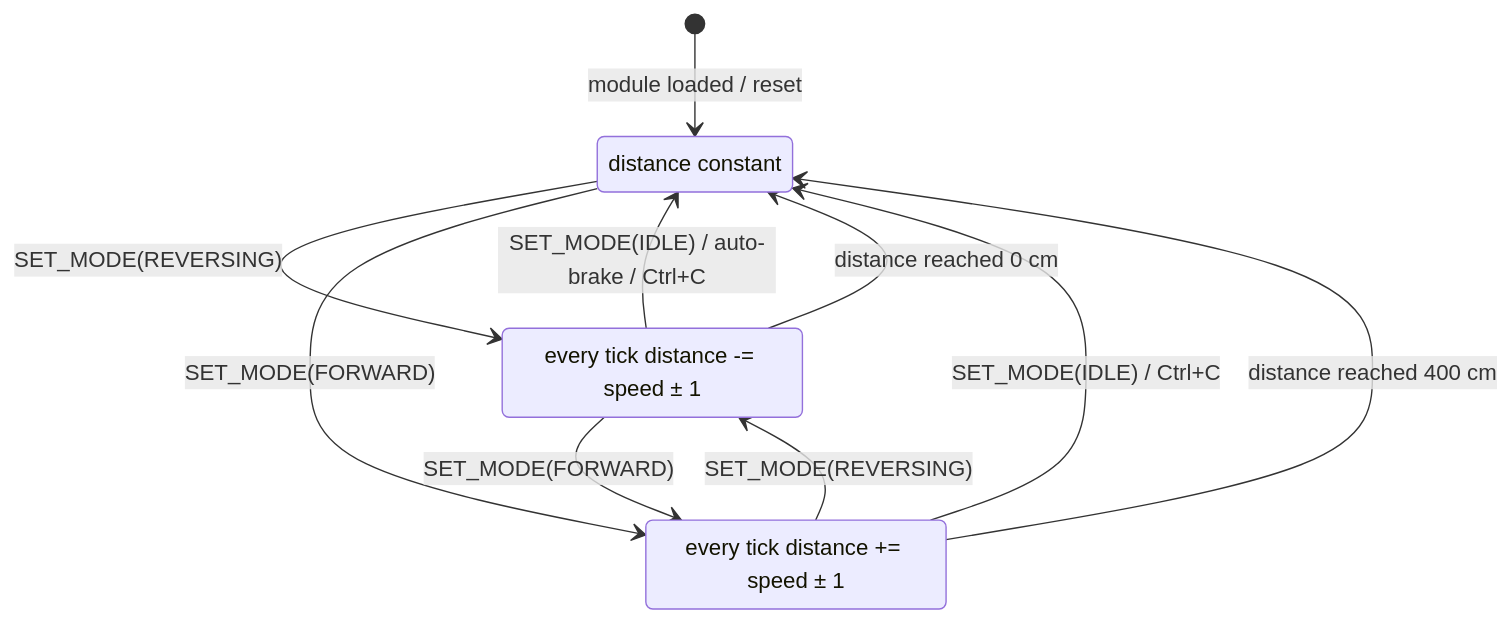
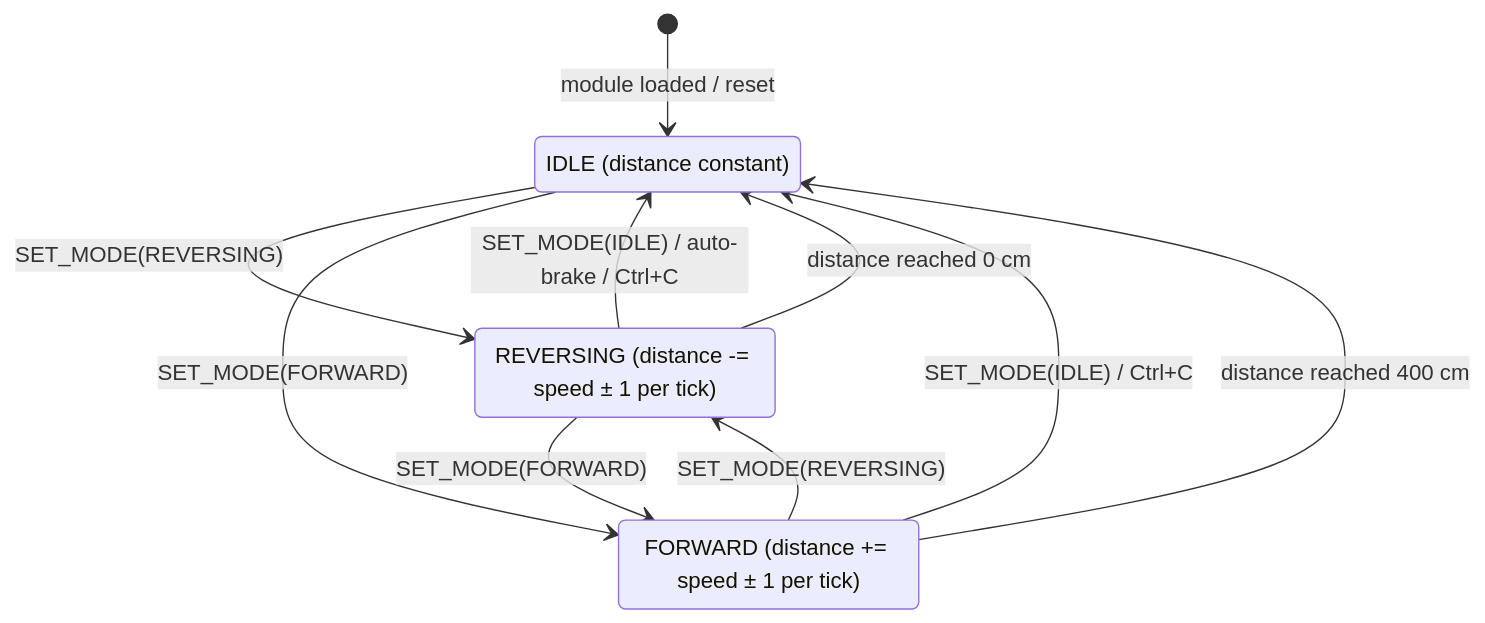
The sixth of 7 diagrams in docs/UML_Diagrams.md (DeepteshMohapatra99/Wipro_Capstone_Project), drawn with Mermaid before and after one commit. The commit also changed other lines of this file and 1 other file, not shown here.

Commit message:
docs: show state names in state machine diagrams

````diff
--- a/docs/UML_Diagrams.md
+++ b/docs/UML_Diagrams.md
@@ -284,17 +285,17 @@
 ```mermaid
 stateDiagram-v2
+    state "IDLE (distance constant)" as IDLE
+    state "REVERSING (distance -= speed ± 1 per tick)" as REVERSING
+    state "FORWARD (distance += speed ± 1 per tick)" as FORWARD
+
     [*] --> IDLE : module loaded / reset
 
     IDLE --> REVERSING : SET_MODE(REVERSING)
     IDLE --> FORWARD : SET_MODE(FORWARD)
     REVERSING --> IDLE : SET_MODE(IDLE) / auto-brake / Ctrl+C
     REVERSING --> IDLE : distance reached 0 cm
     FORWARD --> IDLE : SET_MODE(IDLE) / Ctrl+C
     FORWARD --> IDLE : distance reached 400 cm
     REVERSING --> FORWARD : SET_MODE(FORWARD)
     FORWARD --> REVERSING : SET_MODE(REVERSING)
-
-    REVERSING : every tick distance -= speed ± 1
-    FORWARD : every tick distance += speed ± 1
-    IDLE : distance constant
 ```
````
